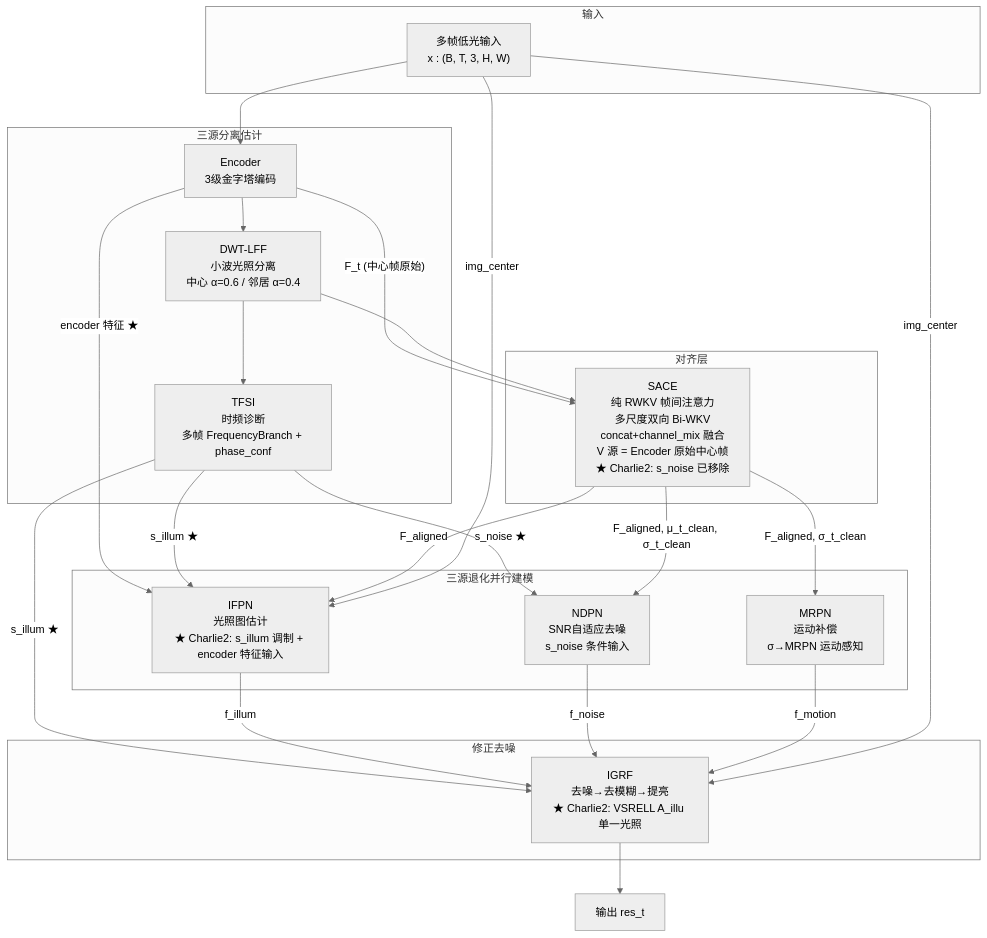
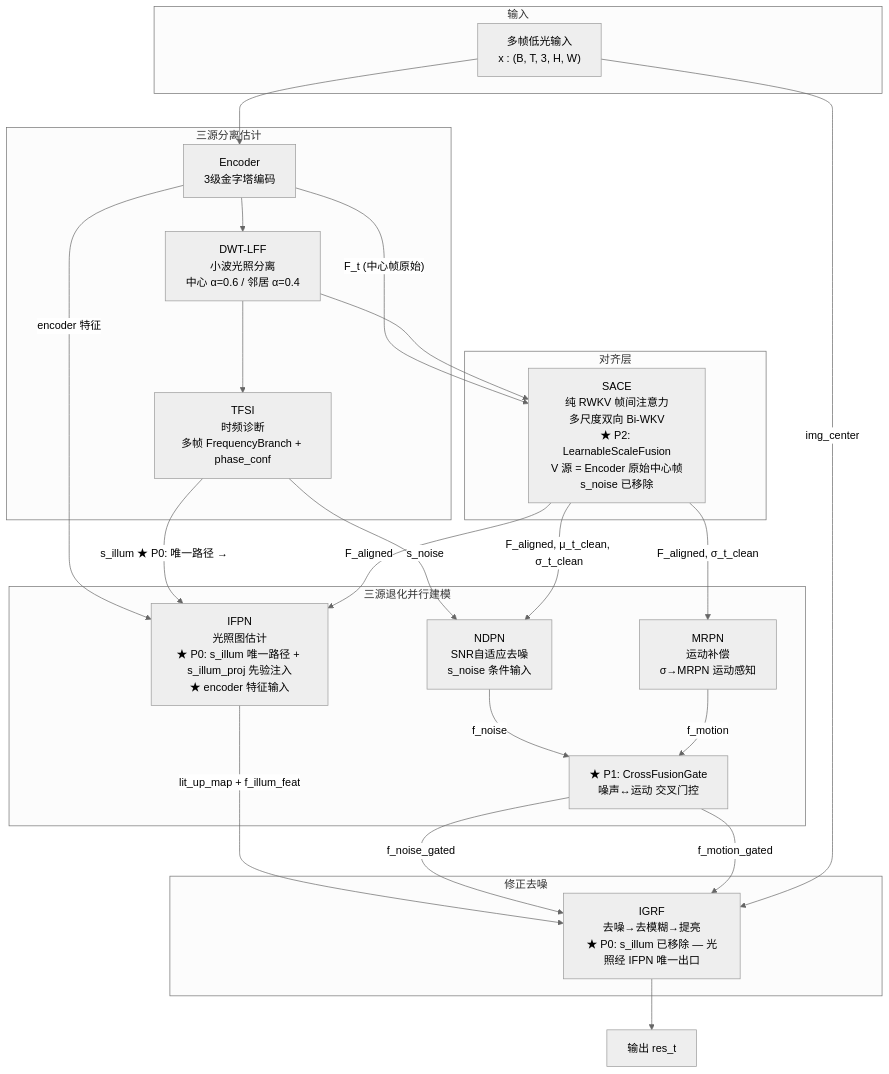
One commit to chendeming2002/TFS-Net changed the first of 2 diagrams in docs/v6/RWKV-Charlie-model/v6-charlie-diagrams.md. Above: the diagram before and after it, drawn with Mermaid (neutral theme). The commit also changed other lines of this file and 1 other file, not shown here.

Commit message:
v6-pureRWKV-Charlie1-MK4-Mod0-pic: Charlie3 数据流更新 — s_illum重路由+交叉门控+轻量融合 Mermaid图

````diff
--- a/docs/v6/RWKV-Charlie-model/v6-charlie-diagrams.md
+++ b/docs/v6/RWKV-Charlie-model/v6-charlie-diagrams.md
@@ -5,50 +5,51 @@
 ```mermaid
 flowchart TD
     subgraph 输入
         IN["多帧低光输入<br/>x : (B, T, 3, H, W)"]
     end
 
     subgraph 诊断层["三源分离估计"]
         ENC["Encoder<br/>3级金字塔编码"]
         DWT["DWT-LFF<br/>小波光照分离<br/>中心 α=0.6 / 邻居 α=0.4"]
         TFSI["TFSI<br/>时频诊断<br/>多帧 FrequencyBranch + phase_conf"]
     end
 
     subgraph 对齐层
-        SACE["SACE<br/>纯 RWKV 帧间注意力<br/>多尺度双向 Bi-WKV<br/>concat+channel_mix 融合<br/>V 源 = Encoder 原始中心帧<br/>★ Charlie2: s_noise 已移除"]
+        SACE["SACE<br/>纯 RWKV 帧间注意力<br/>多尺度双向 Bi-WKV<br/>★ P2: LearnableScaleFusion<br/>V 源 = Encoder 原始中心帧<br/>s_noise 已移除"]
     end
 
     subgraph 处理层["三源退化并行建模"]
-        IFPN["IFPN<br/>光照图估计<br/>★ Charlie2: s_illum 调制 + encoder 特征输入"]
+        IFPN["IFPN<br/>光照图估计<br/>★ P0: s_illum 唯一路径 + s_illum_proj 先验注入<br/>★ encoder 特征输入"]
         NDPN["NDPN<br/>SNR自适应去噪<br/>s_noise 条件输入"]
         MRPN["MRPN<br/>运动补偿<br/>σ→MRPN 运动感知"]
+        CFG["★ P1: CrossFusionGate<br/>噪声↔运动 交叉门控"]
     end
 
     subgraph 执行层["修正去噪"]
-        IGRF["IGRF<br/>去噪→去模糊→提亮<br/>★ Charlie2: VSRELL A_illu 单一光照"]
+        IGRF["IGRF<br/>去噪→去模糊→提亮<br/>★ P0: s_illum 已移除 — 光照经 IFPN 唯一出口"]
     end
 
     OUT["输出 res_t"]
 
     IN --> ENC
     ENC --> DWT
     ENC -- "F_t (中心帧原始)" --> SACE
-    ENC -- "encoder 特征 ★" --> IFPN
+    ENC -- "encoder 特征" --> IFPN
     DWT --> TFSI
     DWT --> SACE
-    TFSI -- "s_illum ★" --> IGRF
-    TFSI -- "s_illum ★" --> IFPN
-    TFSI -- "s_noise ★" --> NDPN
+    TFSI -- "s_illum ★ P0: 唯一路径 →" --> IFPN
+    TFSI -- "s_noise" --> NDPN
 
     SACE -- "F_aligned" --> IFPN
     SACE -- "F_aligned, μ_t_clean, σ_t_clean" --> NDPN
     SACE -- "F_aligned, σ_t_clean" --> MRPN
 
-    IFPN -- "f_illum" --> IGRF
-    NDPN -- "f_noise" --> IGRF
-    MRPN -- "f_motion" --> IGRF
+    IFPN -- "lit_up_map + f_illum_feat" --> IGRF
+    NDPN -- "f_noise" --> CFG
+    MRPN -- "f_motion" --> CFG
+    CFG -- "f_noise_gated" --> IGRF
+    CFG -- "f_motion_gated" --> IGRF
 
     IGRF --> OUT
     IN -- "img_center" --> IGRF
-    IN -- "img_center" --> IFPN
 ```
````
